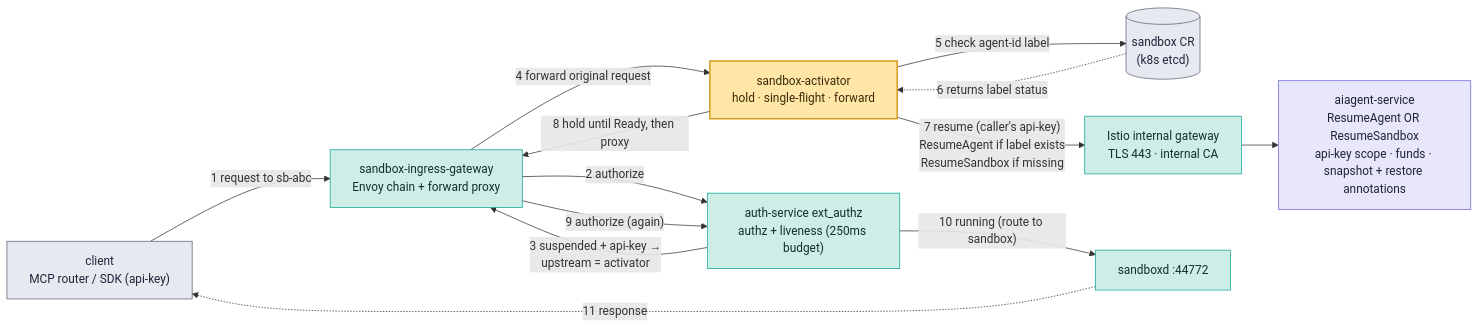
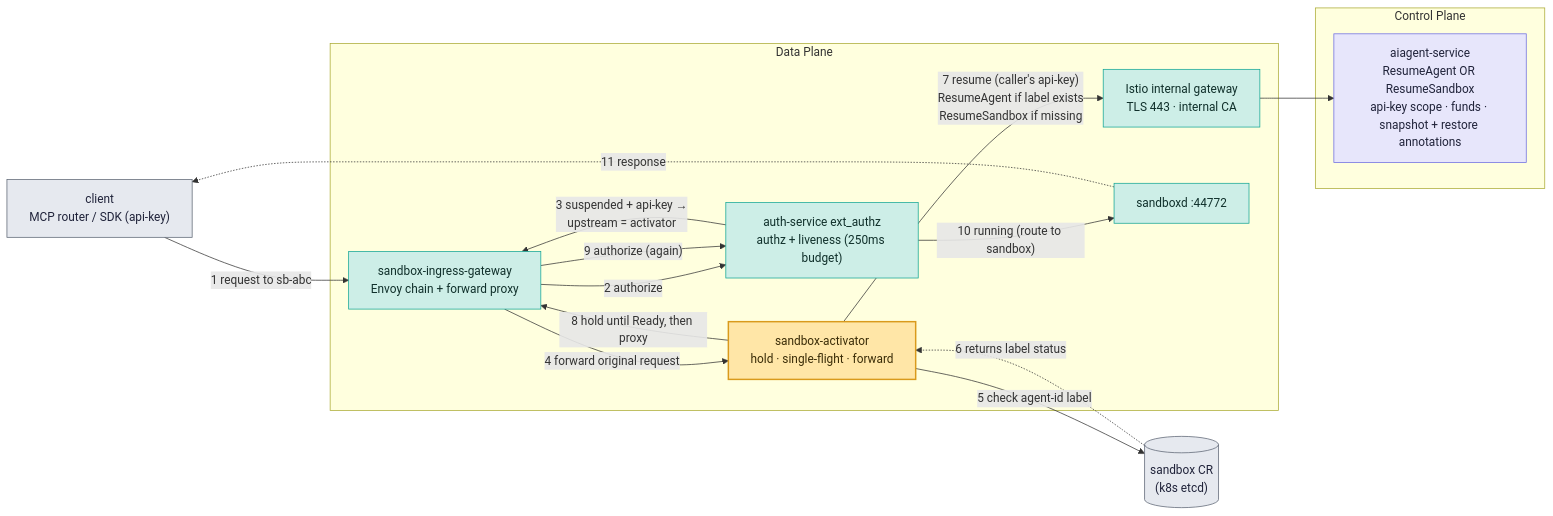
The first of 2 diagrams in README.md (chandini1727/documentation-), drawn with Mermaid before and after one commit. The commit also changed other lines of this file, not shown here.

First line of the commit message:
Enhance README with activator process details

````diff
--- a/README.md
+++ b/README.md
@@ -36,29 +37,35 @@
 ```mermaid
 flowchart LR
     cl["client<br/>MCP router / SDK (api-key)"]:::store
-    gw["sandbox-ingress-gateway<br/>Envoy chain + forward proxy"]:::dp
-    az["auth-service ext_authz<br/>authz + liveness (250ms budget)"]:::dp
-    act["sandbox-activator<br/>hold · single-flight · forward"]:::star
     cr[("sandbox CR<br/>(k8s etcd)")]:::store
-    igw["Istio internal gateway<br/>TLS 443 · internal CA"]:::dp
-    cp["aiagent-service<br/>ResumeAgent OR ResumeSandbox<br/>api-key scope · funds · snapshot + restore annotations"]:::cp
-    sd["sandboxd :44772"]:::dp
+
+    subgraph DP [Data Plane]
+        gw["sandbox-ingress-gateway<br/>Envoy chain + forward proxy"]:::dp
+        az["auth-service ext_authz<br/>authz + liveness (250ms budget)"]:::dp
+        act["sandbox-activator<br/>hold · single-flight · forward"]:::star
+        igw["Istio internal gateway<br/>TLS 443 · internal CA"]:::dp
+        sd["sandboxd :44772"]:::dp
+    end
+
+    subgraph CP [Control Plane]
+        cp["aiagent-service<br/>ResumeAgent OR ResumeSandbox<br/>api-key scope · funds · snapshot + restore annotations"]:::cp
+    end
 
     cl -->|"1 request to sb-abc"| gw
     gw -->|"2 authorize"| az
     az -->|"3 suspended + api-key →<br/>upstream = activator"| gw
     gw -->|"4 forward original request"| act
     act -->|"5 check agent-id label"| cr
     cr -.->|"6 returns label status"| act
     act -->|"7 resume (caller's api-key)<br/>ResumeAgent if label exists<br/>ResumeSandbox if missing"| igw
     igw --> cp
     act -->|"8 hold until Ready, then proxy"| gw
     gw -->|"9 authorize (again)"| az
     az -->|"10 running (route to sandbox)"| sd
     sd -.->|"11 response"| cl
 
     classDef cp fill:#e7e6fb,stroke:#6b6be0,color:#20233a
     classDef dp fill:#cdeee7,stroke:#12a594,color:#10302b
     classDef star fill:#ffe6a7,stroke:#d99a1c,stroke-width:2px,color:#3a2c07
     classDef store fill:#e6e9ef,stroke:#5b6472,color:#20233a
 ```
````
